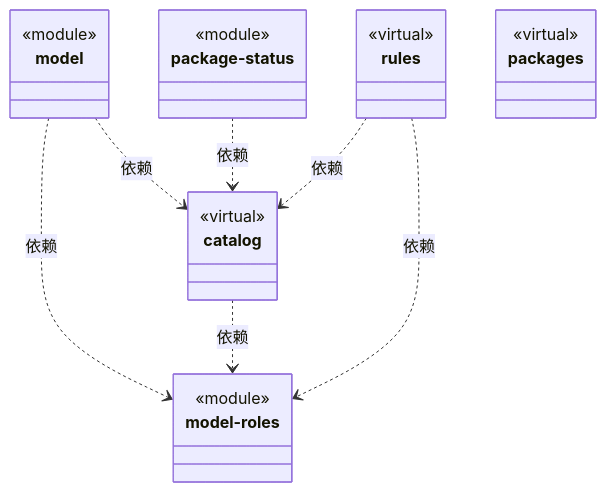
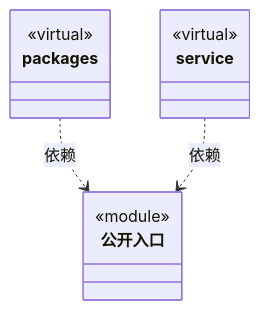
Before and after one commit to nan023062/cbim: the diagram in src/logic/engines/ARCHITECTURE.md, drawn with Mermaid. The commit also changed other lines of this file and 36 other files, not shown here.

````diff
--- a/src/logic/engines/ARCHITECTURE.md
+++ b/src/logic/engines/ARCHITECTURE.md
@@ -31,33 +21,17 @@
 ```mermaid
 classDiagram
-class N_36c40847e267["catalog"] {
-  <<virtual>>
-}
-click N_36c40847e267 href "catalog/ARCHITECTURE.md"
-class N_9ff0aaf8adfd["model"] {
+class N_fbb1ef4949d9["公开入口"] {
   <<module>>
 }
-click N_9ff0aaf8adfd href "model.ts"
-class N_e65a09462319["package-status"] {
-  <<module>>
-}
-click N_e65a09462319 href "package-status.ts"
-class N_34dfa9332b4d["model-roles"] {
-  <<module>>
-}
-click N_34dfa9332b4d href "model-roles.ts"
-class N_871b142ffc88["rules"] {
-  <<virtual>>
-}
-click N_871b142ffc88 href "rules/ARCHITECTURE.md"
+click N_fbb1ef4949d9 href "index.ts"
 class N_e36725470015["packages"] {
   <<virtual>>
 }
 click N_e36725470015 href "packages/ARCHITECTURE.md"
-N_9ff0aaf8adfd ..> N_34dfa9332b4d : 依赖
-N_9ff0aaf8adfd ..> N_36c40847e267 : 依赖
-N_e65a09462319 ..> N_36c40847e267 : 依赖
-N_36c40847e267 ..> N_34dfa9332b4d : 依赖
-N_871b142ffc88 ..> N_34dfa9332b4d : 依赖
-N_871b142ffc88 ..> N_36c40847e267 : 依赖
+class N_c89715d50249["service"] {
+  <<virtual>>
+}
+click N_c89715d50249 href "service/ARCHITECTURE.md"
+N_e36725470015 ..> N_fbb1ef4949d9 : 依赖
+N_c89715d50249 ..> N_fbb1ef4949d9 : 依赖
 ```
````
